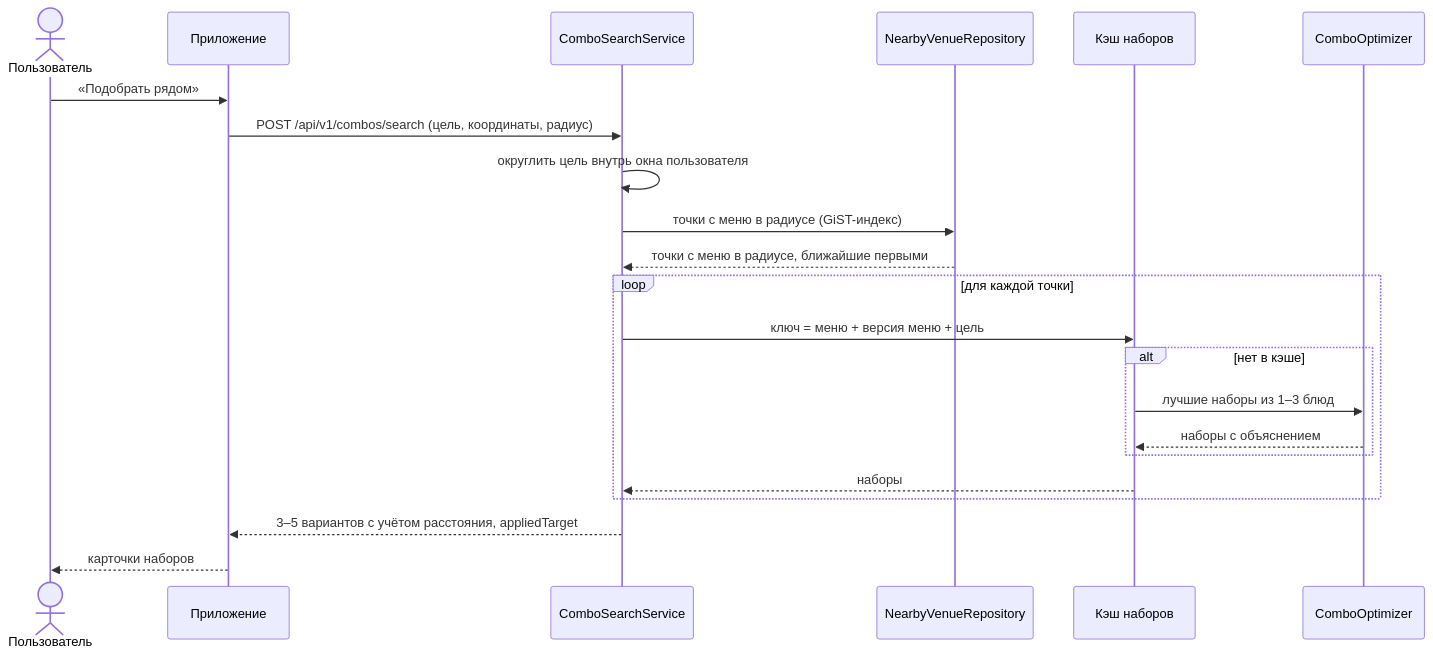
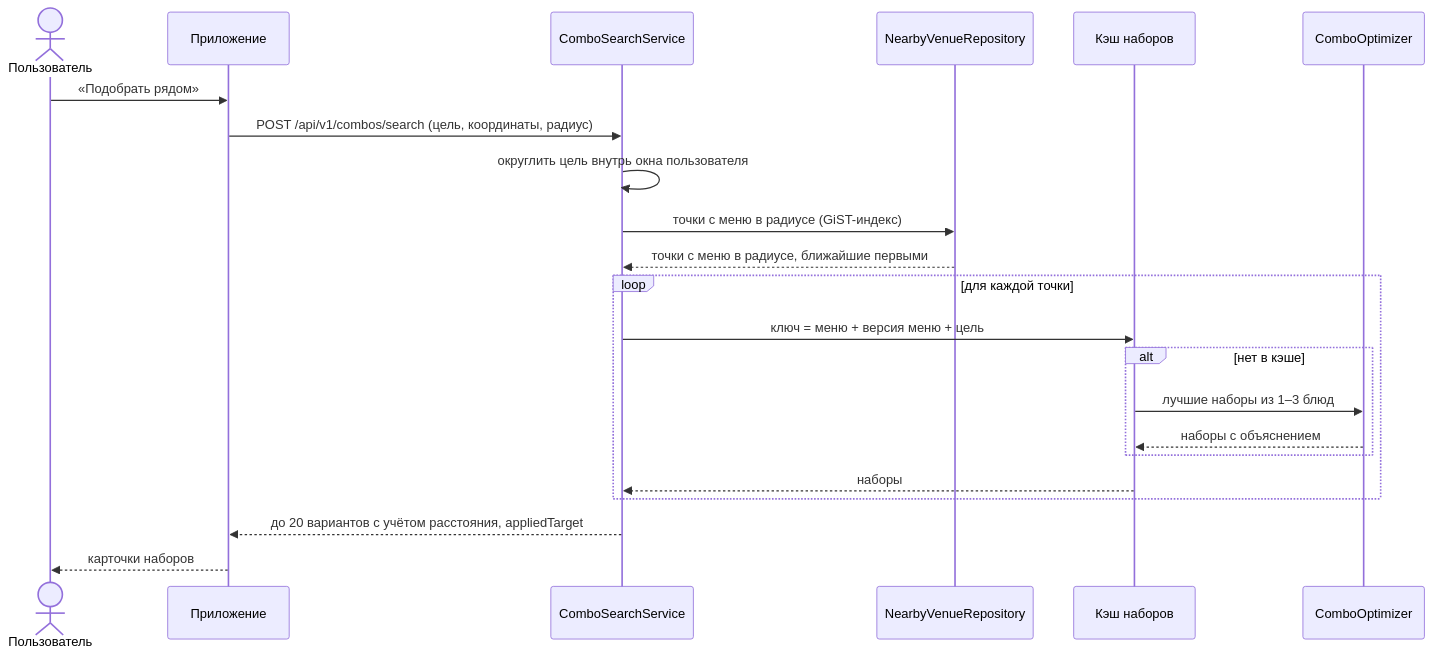
The second of 4 diagrams in docs/architecture.md (ilzen6/norma-ryadom), drawn with Mermaid before and after one commit. The commit also changed 3 other files, not shown here.

````diff
--- a/docs/architecture.md
+++ b/docs/architecture.md
@@ -46,25 +46,25 @@
 ```mermaid
 sequenceDiagram
     actor U as Пользователь
     participant A as Приложение
     participant C as ComboSearchService
     participant G as NearbyVenueRepository
     participant K as Кэш наборов
     participant O as ComboOptimizer
 
     U->>A: «Подобрать рядом»
     A->>C: POST /api/v1/combos/search (цель, координаты, радиус)
     C->>C: округлить цель внутрь окна пользователя
     C->>G: точки с меню в радиусе (GiST-индекс)
     G-->>C: точки с меню в радиусе, ближайшие первыми
     loop для каждой точки
         C->>K: ключ = меню + версия меню + цель
         alt нет в кэше
             K->>O: лучшие наборы из 1–3 блюд
             O-->>K: наборы с объяснением
         end
         K-->>C: наборы
     end
-    C-->>A: 3–5 вариантов с учётом расстояния, appliedTarget
+    C-->>A: до 20 вариантов с учётом расстояния, appliedTarget
     A-->>U: карточки наборов
 ```
````
